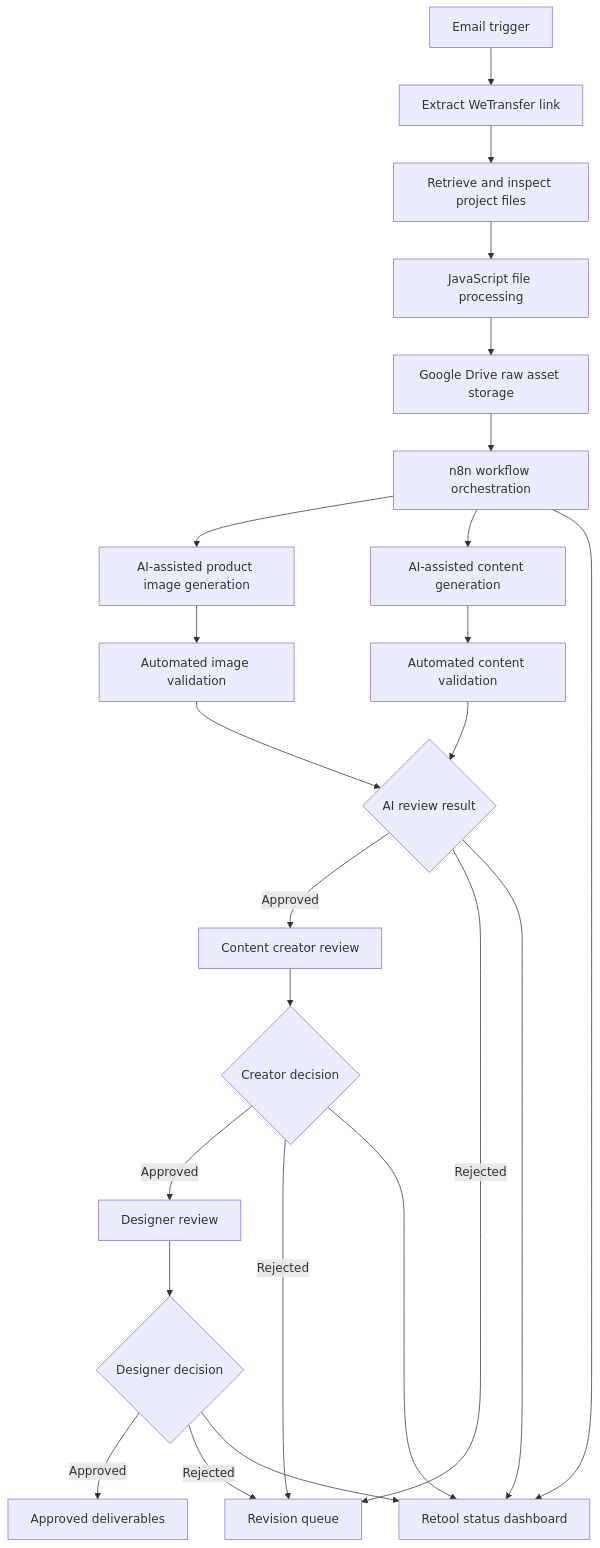
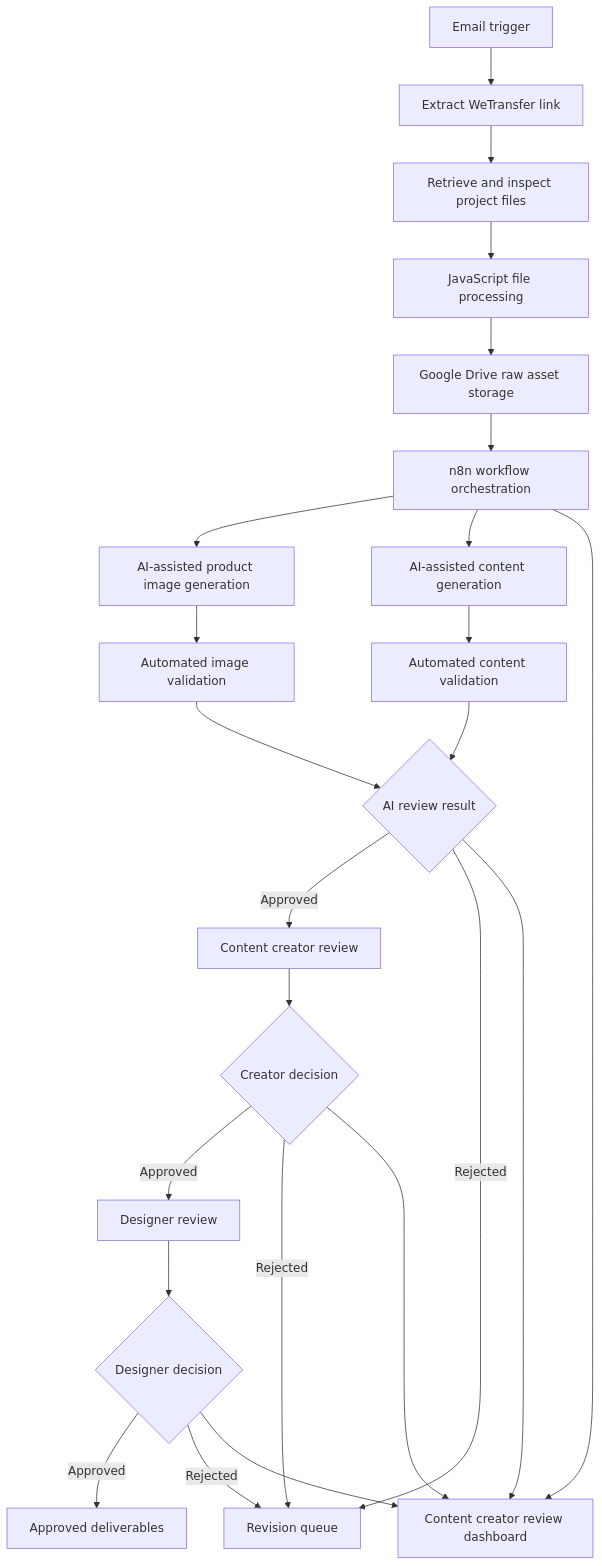
One commit to karimk223/aura-ai-workflow changed the diagram in README.md. Above: the diagram before and after it, drawn with Mermaid. The commit also changed other lines of this file and 17 other files, not shown here.

Commit message:
Organize content creator website source

````diff
--- a/README.md
+++ b/README.md
@@ -29,33 +53,33 @@
 ```mermaid
 flowchart TD
     A[Email trigger] --> B[Extract WeTransfer link]
     B --> C[Retrieve and inspect project files]
     C --> D[JavaScript file processing]
     D --> E[Google Drive raw asset storage]
     E --> F[n8n workflow orchestration]
 
     F --> G[AI-assisted product image generation]
     F --> H[AI-assisted content generation]
 
     G --> I[Automated image validation]
     H --> J[Automated content validation]
 
     I --> K{AI review result}
     J --> K
 
     K -->|Approved| L[Content creator review]
     K -->|Rejected| M[Revision queue]
 
     L --> N{Creator decision}
     N -->|Approved| O[Designer review]
     N -->|Rejected| M
 
     O --> P{Designer decision}
     P -->|Approved| Q[Approved deliverables]
     P -->|Rejected| M
 
-    F --> R[Retool status dashboard]
+    F --> R[Content creator review dashboard]
     K --> R
     N --> R
     P --> R
 ```
````
